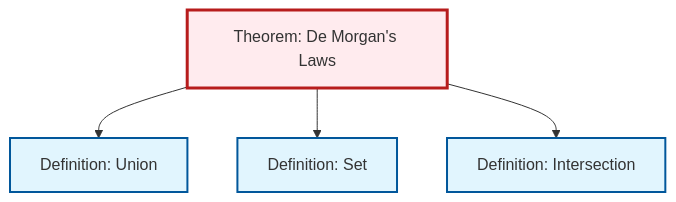
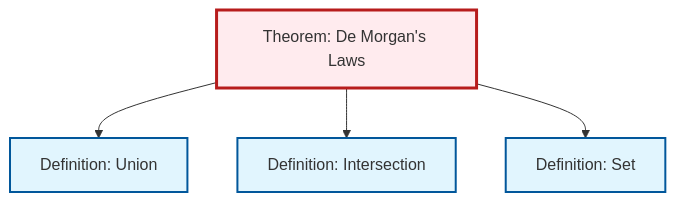
One commit to RK0429/ModernMath changed the diagram in content/ja/logic-set-theory/thm-de-morgan.qmd. Above: the diagram before and after it, drawn with Mermaid. The commit also changed other lines of this file and 597 other files, not shown here.

````diff
--- a/content/ja/logic-set-theory/thm-de-morgan.qmd
+++ b/content/ja/logic-set-theory/thm-de-morgan.qmd
@@ -79,20 +79,20 @@
 ```{mermaid}
 %%| fig-cap: "Local dependency graph"
 graph TD
     classDef definition fill:#e1f5fe,stroke:#01579b,stroke-width:2px
     classDef theorem fill:#f3e5f5,stroke:#4a148c,stroke-width:2px
     classDef axiom fill:#fff3e0,stroke:#e65100,stroke-width:2px
     classDef example fill:#e8f5e9,stroke:#1b5e20,stroke-width:2px
     classDef current fill:#ffebee,stroke:#b71c1c,stroke-width:3px
+    def-union["Definition: Union"]:::definition
+    def-set["Definition: Set"]:::definition
     thm-de-morgan["Theorem: De Morgan's Laws"]:::theorem
-    def-set["Definition: Set"]:::definition
     def-intersection["Definition: Intersection"]:::definition
-    def-union["Definition: Union"]:::definition
     thm-de-morgan --> def-union
+    thm-de-morgan --> def-intersection
     thm-de-morgan --> def-set
-    thm-de-morgan --> def-intersection
     class thm-de-morgan current
+    click def-union "def-union.html" "Definition: Unionへ"
     click def-set "def-set.html" "Definition: Setへ"
     click def-intersection "def-intersection.html" "Definition: Intersectionへ"
-    click def-union "def-union.html" "Definition: Unionへ"
 ```
````
